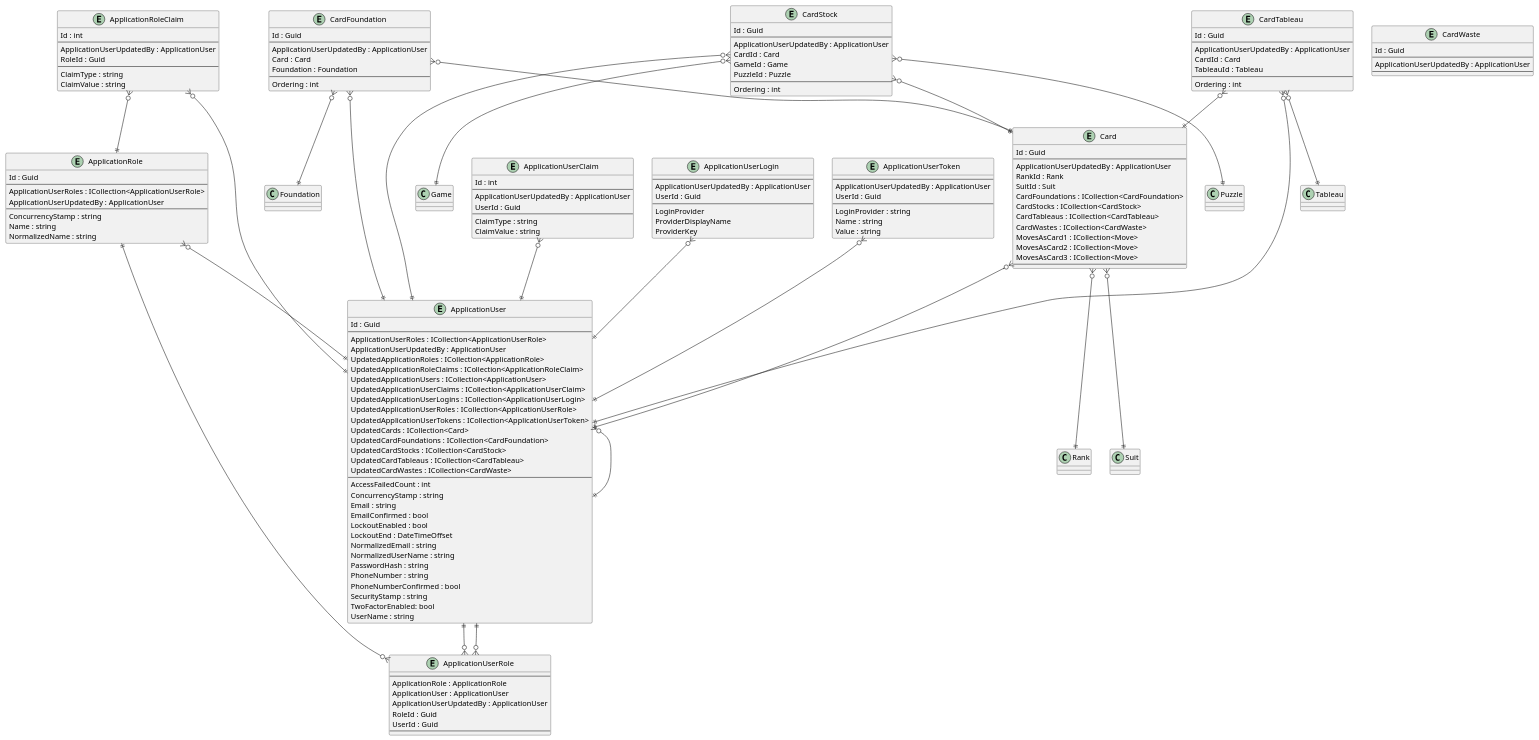
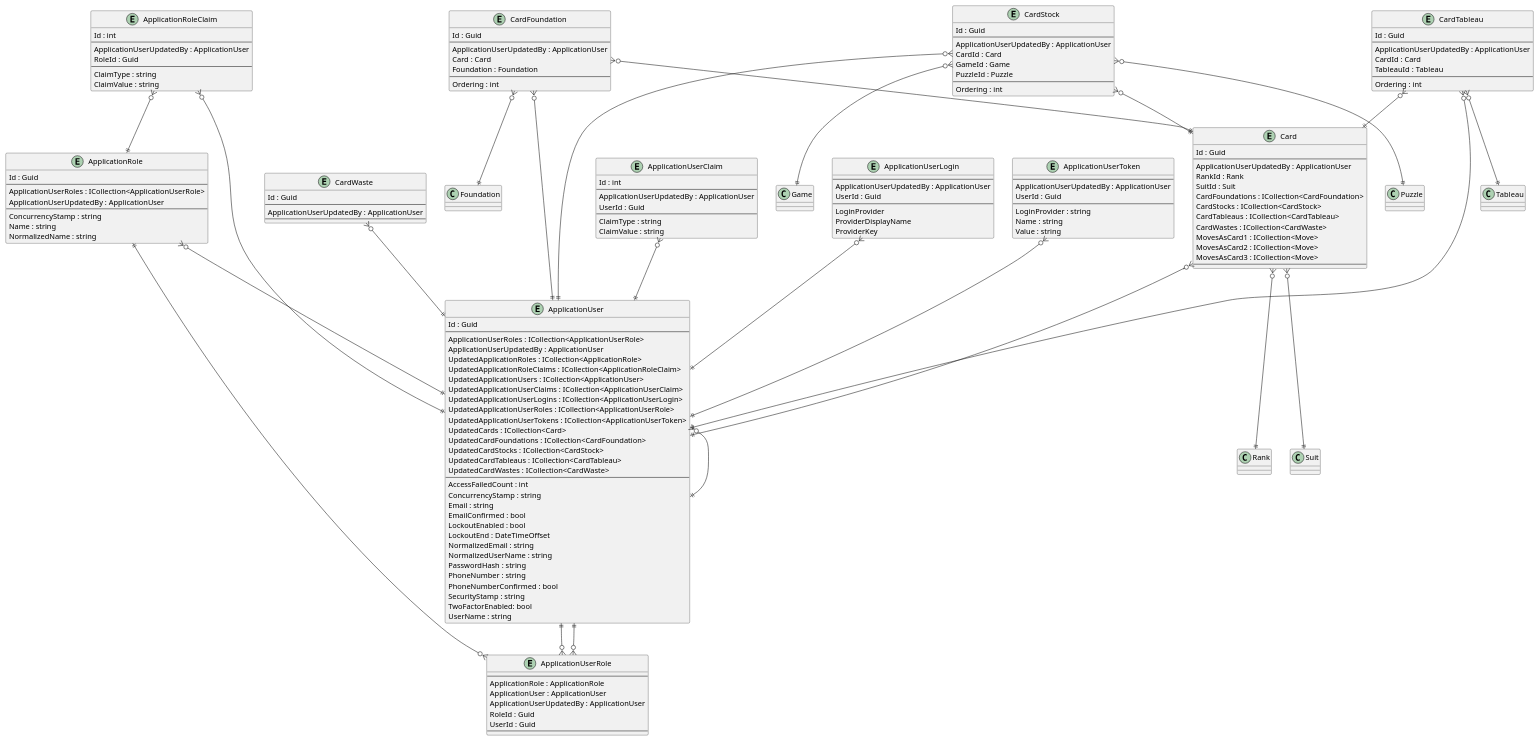
Before and after one commit to intrepion/intrepion_klondike-solitaire_csharp: the diagram in .docs/Intrepion.KlondikeSolitaire.pu, drawn with PlantUML.

```diff
--- a/.docs/Intrepion.KlondikeSolitaire.pu
+++ b/.docs/Intrepion.KlondikeSolitaire.pu
@@ -1,191 +1,192 @@
 @startuml
 
 entity ApplicationRole {
     Id : Guid
     --
     ApplicationUserRoles : ICollection<ApplicationUserRole>
     ApplicationUserUpdatedBy : ApplicationUser
     --
     ConcurrencyStamp : string
     Name : string
     NormalizedName : string
 }
 
 entity ApplicationRoleClaim {
     Id : int
     --
     ApplicationUserUpdatedBy : ApplicationUser
     RoleId : Guid
     --
     ClaimType : string
     ClaimValue : string
 }
 
 entity ApplicationUser {
     Id : Guid
     --
     ApplicationUserRoles : ICollection<ApplicationUserRole>
     ApplicationUserUpdatedBy : ApplicationUser
     UpdatedApplicationRoles : ICollection<ApplicationRole>
     UpdatedApplicationRoleClaims : ICollection<ApplicationRoleClaim>
     UpdatedApplicationUsers : ICollection<ApplicationUser>
     UpdatedApplicationUserClaims : ICollection<ApplicationUserClaim>
     UpdatedApplicationUserLogins : ICollection<ApplicationUserLogin>
     UpdatedApplicationUserRoles : ICollection<ApplicationUserRole>
     UpdatedApplicationUserTokens : ICollection<ApplicationUserToken>
     UpdatedCards : ICollection<Card>
     UpdatedCardFoundations : ICollection<CardFoundation>
     UpdatedCardStocks : ICollection<CardStock>
     UpdatedCardTableaus : ICollection<CardTableau>
     UpdatedCardWastes : ICollection<CardWaste>
     ' ApplicationUserKeyCodePlaceholder
     --
     AccessFailedCount : int
     ConcurrencyStamp : string
     Email : string
     EmailConfirmed : bool
     LockoutEnabled : bool
     LockoutEnd : DateTimeOffset
     NormalizedEmail : string
     NormalizedUserName : string
     PasswordHash : string
     PhoneNumber : string
     PhoneNumberConfirmed : bool
     SecurityStamp : string
     TwoFactorEnabled: bool
     UserName : string
 }
 
 entity ApplicationUserClaim {
     Id : int
     --
     ApplicationUserUpdatedBy : ApplicationUser
     UserId : Guid
     --
     ClaimType : string
     ClaimValue : string
 }
 
 entity ApplicationUserLogin {
     --
     ApplicationUserUpdatedBy : ApplicationUser
     UserId : Guid
     --
     LoginProvider
     ProviderDisplayName
     ProviderKey
 }
 
 entity ApplicationUserRole {
     --
     ApplicationRole : ApplicationRole
     ApplicationUser : ApplicationUser
     ApplicationUserUpdatedBy : ApplicationUser
     RoleId : Guid
     UserId : Guid
     --
 }
 
 entity ApplicationUserToken {
     --
     ApplicationUserUpdatedBy : ApplicationUser
     UserId : Guid
     --
     LoginProvider : string
     Name : string
     Value : string
 }
 
 entity Card {
     Id : Guid
     --
     ApplicationUserUpdatedBy : ApplicationUser
     RankId : Rank
     SuitId : Suit
     CardFoundations : ICollection<CardFoundation>
     CardStocks : ICollection<CardStock>
     CardTableaus : ICollection<CardTableau>
     CardWastes : ICollection<CardWaste>
     MovesAsCard1 : ICollection<Move>
     MovesAsCard2 : ICollection<Move>
     MovesAsCard3 : ICollection<Move>
     ' CardKeyCodePlaceholder
     --
     ' CardPropertyCodePlaceholder
 }
 
 entity CardFoundation {
     Id : Guid
     --
     ApplicationUserUpdatedBy : ApplicationUser
     Card : Card
     Foundation : Foundation
     ' CardFoundationKeyCodePlaceholder
     --
     Ordering : int
     ' CardFoundationPropertyCodePlaceholder
 }
 
 entity CardStock {
     Id : Guid
     --
     ApplicationUserUpdatedBy : ApplicationUser
     CardId : Card
     GameId : Game
     PuzzleId : Puzzle
     ' CardStockKeyCodePlaceholder
     --
     Ordering : int
     ' CardStockPropertyCodePlaceholder
 }
 
 entity CardTableau {
     Id : Guid
     --
     ApplicationUserUpdatedBy : ApplicationUser
     CardId : Card
     TableauId : Tableau
     ' CardTableauKeyCodePlaceholder
     --
     Ordering : int
     ' CardTableauPropertyCodePlaceholder
 }
 
 entity CardWaste {
     Id : Guid
     --
     ApplicationUserUpdatedBy : ApplicationUser
     ' CardWasteKeyCodePlaceholder
     --
     ' CardWastePropertyCodePlaceholder
 }
 
 ' EntityCodePlaceholder
 
 ApplicationRole ||--o{ ApplicationUserRole
 ApplicationRole }o--|| ApplicationUser
 ApplicationRoleClaim }o--|| ApplicationRole
 ApplicationRoleClaim }o--|| ApplicationUser
 ApplicationUser }o--|| ApplicationUser
 ApplicationUser ||--o{ ApplicationUserRole
 ApplicationUserClaim }o--|| ApplicationUser
 ApplicationUserLogin }o--|| ApplicationUser
 ApplicationUserRole }o--|| ApplicationUser
 ApplicationUserToken }o--|| ApplicationUser
 
 Card }o--|| ApplicationUser
 Card }o--|| Rank
 Card }o--|| Suit
 CardFoundation }o--|| ApplicationUser
 CardFoundation }o--|| Card
 CardFoundation }o--|| Foundation
 CardStock }o--|| ApplicationUser
 CardStock }o--|| Card
 CardStock }o--|| Game
 CardStock }o--|| Puzzle
 CardTableau }o--|| ApplicationUser
 CardTableau }o--|| Card
 CardTableau }o--|| Tableau
+CardWaste }o--|| ApplicationUser
 ' RelationshipCodePlaceholder
 
 @enduml
```
